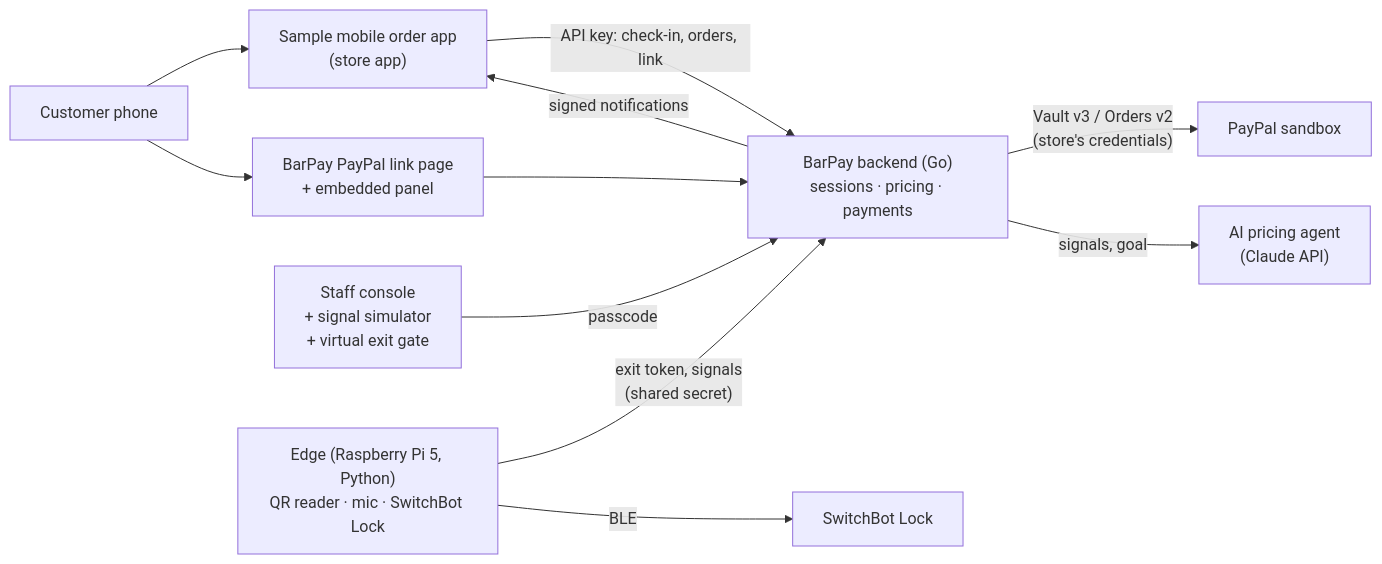
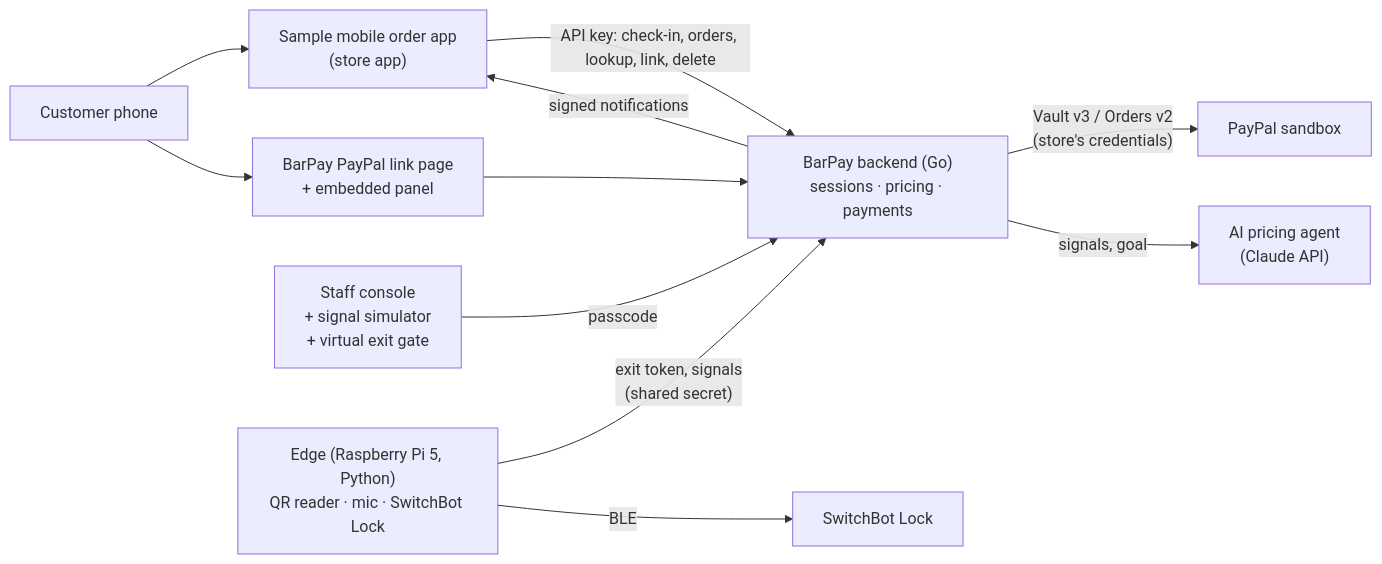
Before and after one commit to sumiredc/barpay: the fourth of 4 diagrams in PRD.md, drawn with Mermaid. The commit also changed other lines of this file and 1 other file, not shown here.

First line of the commit message:
Settle the store-facing behaviors the API contract needs in the PRD

````diff
--- a/PRD.md
+++ b/PRD.md
@@ -302,13 +307,13 @@
 ```mermaid
 flowchart LR
   Phone["Customer phone"] --> App["Sample mobile order app<br/>(store app)"]
   Phone --> Pages["BarPay PayPal link page<br/>+ embedded panel"]
-  App -- "API key: check-in, orders, link" --> API
+  App -- "API key: check-in, orders, lookup, link, delete" --> API
   API -- "signed notifications" --> App
   Pages --> API
   Staff["Staff console<br/>+ signal simulator<br/>+ virtual exit gate"] -- "passcode" --> API
   API["BarPay backend (Go)<br/>sessions · pricing · payments"] -- "Vault v3 / Orders v2<br/>(store's credentials)" --> PP["PayPal sandbox"]
   API -- "signals, goal" --> LLM["AI pricing agent<br/>(Claude API)"]
   Edge["Edge (Raspberry Pi 5, Python)<br/>QR reader · mic · SwitchBot Lock"] -- "exit token, signals<br/>(shared secret)" --> API
   Edge -- BLE --> Lock["SwitchBot Lock"]
 ```
````
